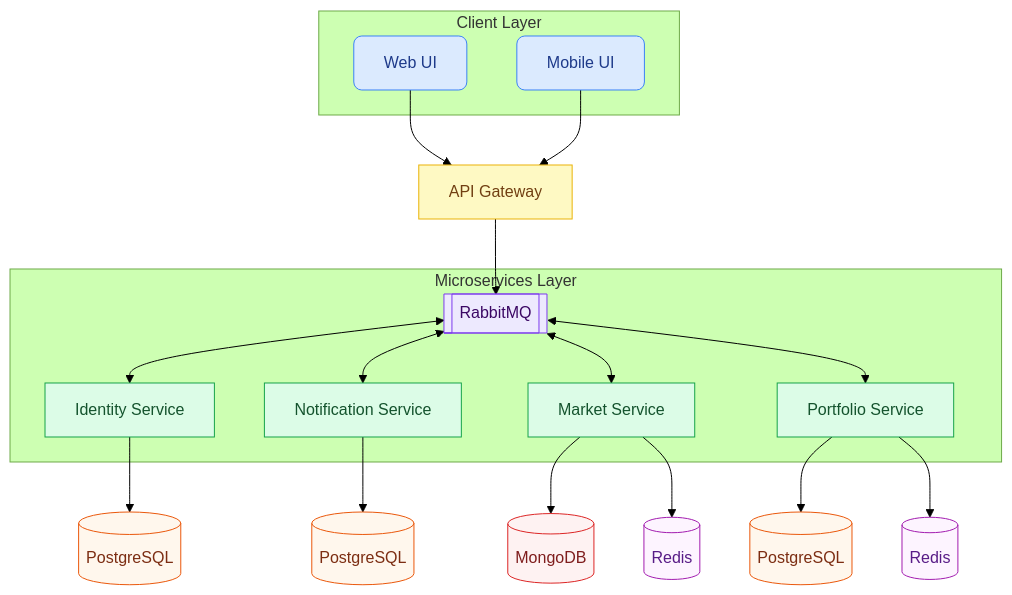
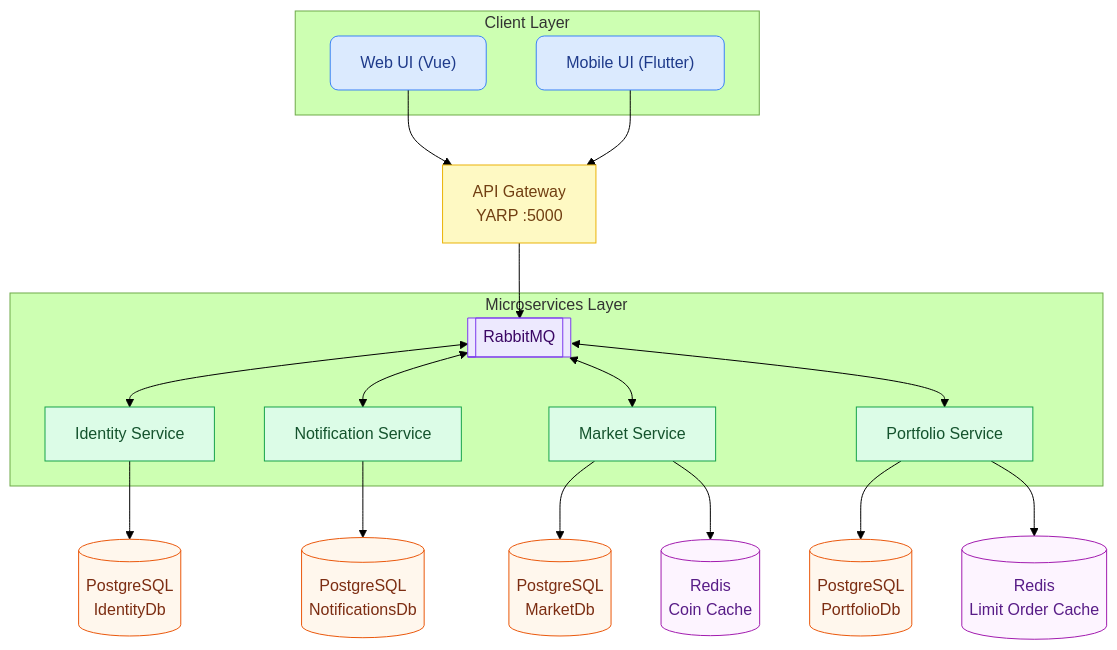
Before and after one commit to ibrahimkabadayi/CryptoMarket: the first of 2 diagrams in README.md, drawn with Mermaid (forest theme). The commit also changed other lines of this file and 8 other files, not shown here.

Commit message:
feat: add Identity API bootstrap, coin price consumer, and service configurations

````diff
--- a/README.md
+++ b/README.md
@@ -9,43 +47,41 @@
 ```mermaid
   graph TB
     subgraph clients["Client Layer"]
-        W["Web UI"]
-        M["Mobile UI"]
+        W["Web UI (Vue)"]
+        M["Mobile UI (Flutter)"]
     end
 
-    W & M --> GW["API Gateway"]
+    W & M --> GW["API Gateway<br/>YARP :5000"]
 
     GW --> RMQ
 
     subgraph backend["Microservices Layer"]
         RMQ[["RabbitMQ"]]
 
         RMQ <--> ID["Identity Service"]
         RMQ <--> NO["Notification Service"]
         RMQ <--> MK["Market Service"]
         RMQ <--> PF["Portfolio Service"]
     end
 
-    ID  --> PG1[("PostgreSQL")]
-    NO  --> PG2[("PostgreSQL")]
-    MK  --> MG[("MongoDB")]
-    MK  --> RD1[("Redis")]
-    PF  --> PG3[("PostgreSQL")]
-    PF  --> RD2[("Redis")]
+    ID  --> PG1[("PostgreSQL<br/>IdentityDb")]
+    NO  --> PG2[("PostgreSQL<br/>NotificationsDb")]
+    MK  --> PG3[("PostgreSQL<br/>MarketDb")]
+    MK  --> RD1[("Redis<br/>Coin Cache")]
+    PF  --> PG4[("PostgreSQL<br/>PortfolioDb")]
+    PF  --> RD2[("Redis<br/>Limit Order Cache")]
 
     classDef ui       fill:#dbeafe,stroke:#3b82f6,color:#1e3a8a,rx:8
     classDef gw       fill:#fef9c3,stroke:#eab308,color:#713f12
     classDef bus      fill:#ede9fe,stroke:#7c3aed,color:#3b0764
     classDef svc      fill:#dcfce7,stroke:#16a34a,color:#14532d
     classDef postgres fill:#fff7ed,stroke:#ea580c,color:#7c2d12
-    classDef mongo    fill:#fef2f2,stroke:#dc2626,color:#7f1d1d
     classDef redis    fill:#fdf4ff,stroke:#a21caf,color:#581c87
 
     class W,M ui
     class GW gw
     class RMQ bus
     class ID,NO,MK,PF svc
-    class PG1,PG2,PG3 postgres
-    class MG mongo
+    class PG1,PG2,PG3,PG4 postgres
     class RD1,RD2 redis
 ```
````
